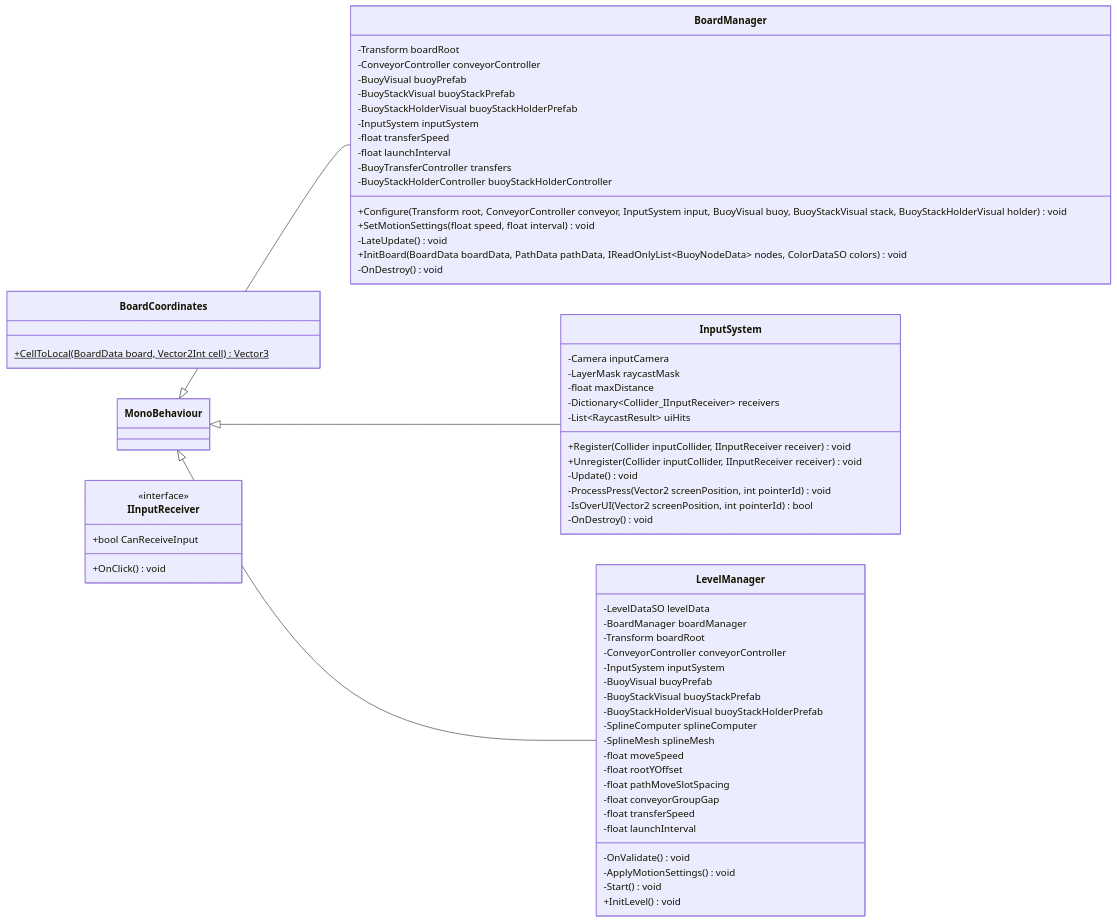
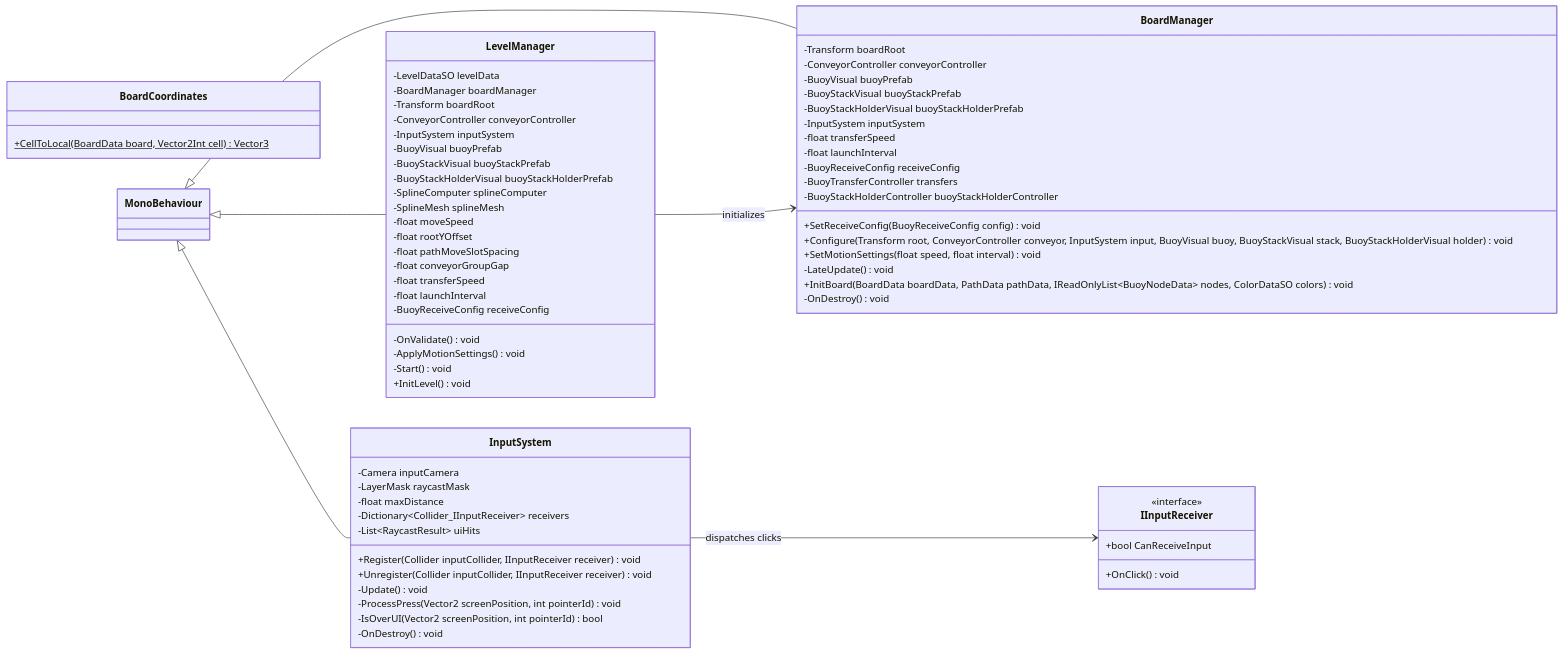
The second of 7 diagrams in Docs/ClassDiagram.md (nchuoi2443/WaterConveyorSort), drawn with Mermaid before and after one commit. The commit also changed other lines of this file and 25 other files, not shown here.

````diff
--- a/Docs/ClassDiagram.md
+++ b/Docs/ClassDiagram.md
@@ -67,67 +71,72 @@
 ```mermaid
 classDiagram
 direction LR
 class BoardCoordinates {
     +CellToLocal(BoardData board, Vector2Int cell) Vector3$
 }
 class BoardManager {
     -Transform boardRoot
     -ConveyorController conveyorController
     -BuoyVisual buoyPrefab
     -BuoyStackVisual buoyStackPrefab
     -BuoyStackHolderVisual buoyStackHolderPrefab
     -InputSystem inputSystem
     -float transferSpeed
     -float launchInterval
+    -BuoyReceiveConfig receiveConfig
+    +SetReceiveConfig(BuoyReceiveConfig config) void
     +Configure(Transform root, ConveyorController conveyor, InputSystem input, BuoyVisual buoy, BuoyStackVisual stack, BuoyStackHolderVisual holder) void
     +SetMotionSettings(float speed, float interval) void
     -BuoyTransferController transfers
     -LateUpdate() void
     -BuoyStackHolderController buoyStackHolderController
     +InitBoard(BoardData boardData, PathData pathData, IReadOnlyList~BuoyNodeData~ nodes, ColorDataSO colors) void
     -OnDestroy() void
 }
 MonoBehaviour <|-- BoardManager
 class IInputReceiver {
     <<interface>>
     +bool CanReceiveInput
     +OnClick() void
 }
 class InputSystem {
     -Camera inputCamera
     -LayerMask raycastMask
     -float maxDistance
     -Dictionary~Collider_IInputReceiver~ receivers
     -List~RaycastResult~ uiHits
     +Register(Collider inputCollider, IInputReceiver receiver) void
     +Unregister(Collider inputCollider, IInputReceiver receiver) void
     -Update() void
     -ProcessPress(Vector2 screenPosition, int pointerId) void
     -IsOverUI(Vector2 screenPosition, int pointerId) bool
     -OnDestroy() void
 }
 MonoBehaviour <|-- InputSystem
 class LevelManager {
     -LevelDataSO levelData
     -BoardManager boardManager
     -Transform boardRoot
     -ConveyorController conveyorController
     -InputSystem inputSystem
     -BuoyVisual buoyPrefab
     -BuoyStackVisual buoyStackPrefab
     -BuoyStackHolderVisual buoyStackHolderPrefab
     -SplineComputer splineComputer
     -SplineMesh splineMesh
     -float moveSpeed
     -float rootYOffset
     -float pathMoveSlotSpacing
     -float conveyorGroupGap
     -float transferSpeed
     -float launchInterval
+    -BuoyReceiveConfig receiveConfig
     -OnValidate() void
     -ApplyMotionSettings() void
     -Start() void
     +InitLevel() void
 }
 MonoBehaviour <|-- LevelManager
+LevelManager --> BoardManager : initializes
+InputSystem --> IInputReceiver : dispatches clicks
 ```
````
